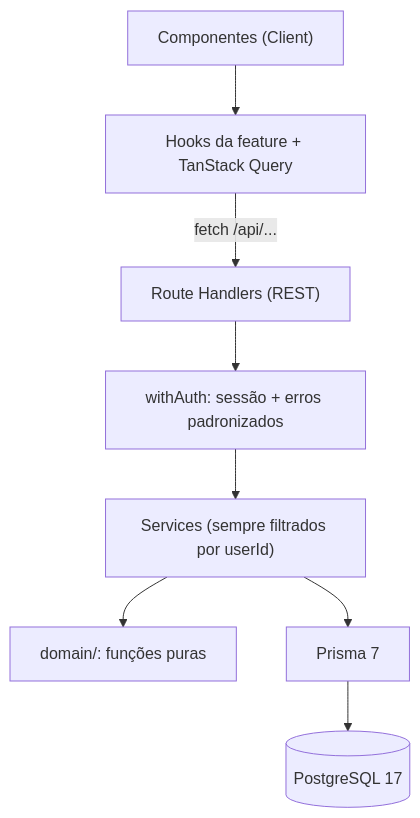
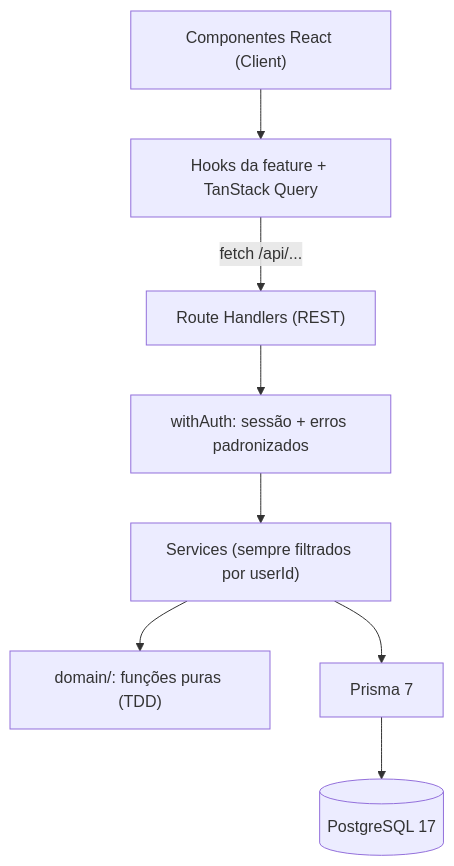
Before and after one commit to Enz0Gabriel/carvafinance: the diagram in README.md, drawn with Mermaid. The commit also changed other lines of this file, not shown here.

````diff
--- a/README.md
+++ b/README.md
@@ -174,9 +168,9 @@
 ```mermaid
 flowchart TD
-    UI["Componentes (Client)"] --> Hooks["Hooks da feature + TanStack Query"]
+    UI["Componentes React (Client)"] --> Hooks["Hooks da feature + TanStack Query"]
     Hooks -->|"fetch /api/..."| Routes["Route Handlers (REST)"]
     Routes --> Guard["withAuth: sessão + erros padronizados"]
     Guard --> Services["Services (sempre filtrados por userId)"]
-    Services --> Domain["domain/: funções puras"]
+    Services --> Domain["domain/: funções puras (TDD)"]
     Services --> Prisma["Prisma 7"] --> DB[("PostgreSQL 17")]
 ```
````
